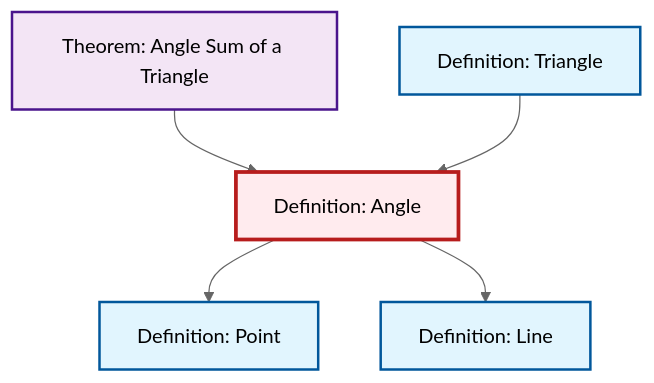
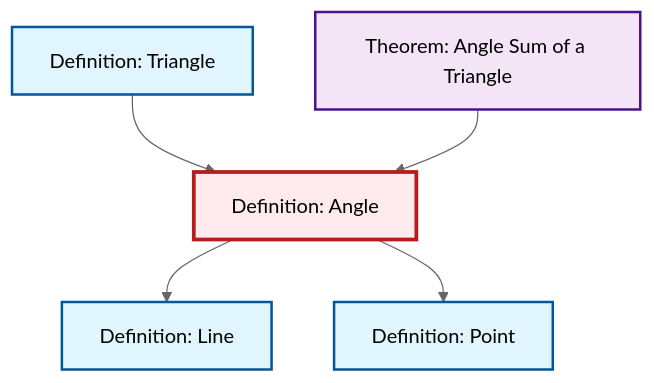
Before and after one commit to RK0429/ModernMath: the diagram in output/mermaid/def-angle.mermaid, drawn with Mermaid (neutral theme). The commit also changed other lines of this file and 1353 other files, not shown here.

```diff
--- a/output/mermaid/def-angle.mermaid
+++ b/output/mermaid/def-angle.mermaid
@@ -1,17 +1,17 @@
 %%| fig-cap: "Local dependency graph"
 graph TD
     classDef definition fill:#e1f5fe,stroke:#01579b,stroke-width:2px
     classDef theorem fill:#f3e5f5,stroke:#4a148c,stroke-width:2px
     classDef axiom fill:#fff3e0,stroke:#e65100,stroke-width:2px
     classDef example fill:#e8f5e9,stroke:#1b5e20,stroke-width:2px
     classDef current fill:#ffebee,stroke:#b71c1c,stroke-width:3px
+    def-angle["Definition: Angle"]:::definition
     thm-angle-sum-triangle["Theorem: Angle Sum of a Triangle"]:::theorem
-    def-angle["Definition: Angle"]:::definition
-    def-triangle["Definition: Triangle"]:::definition
     def-point["Definition: Point"]:::definition
     def-line["Definition: Line"]:::definition
+    def-triangle["Definition: Triangle"]:::definition
+    def-angle --> def-line
+    def-triangle --> def-angle
+    def-angle --> def-point
     thm-angle-sum-triangle --> def-angle
-    def-angle --> def-point
-    def-triangle --> def-angle
-    def-angle --> def-line
     class def-angle current
```
